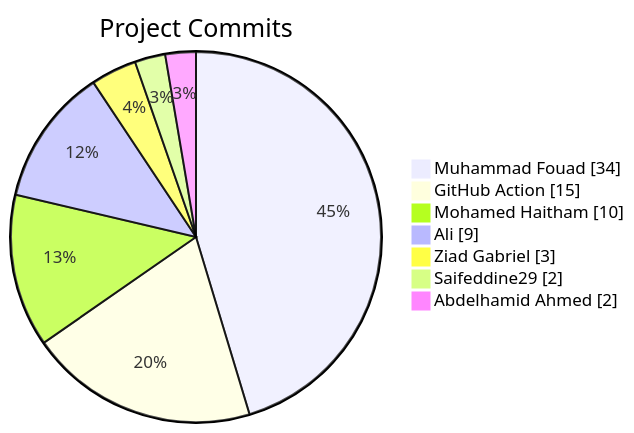
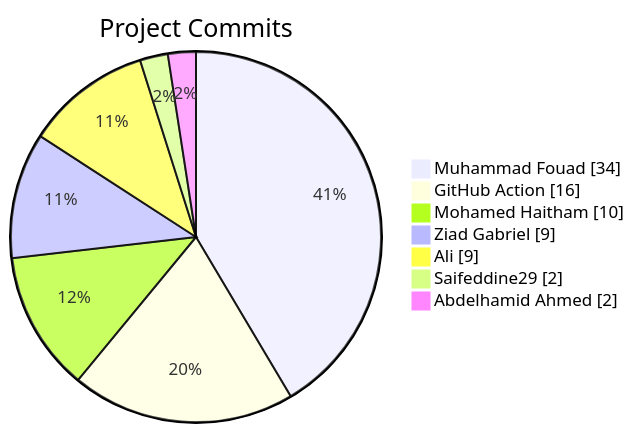
The diagram in README.md (Abdelhamid-El-rashidy/Library_System), drawn with Mermaid before and after one commit.

Commit message:
docs: update contributor stats [skip ci]

````diff
--- a/README.md
+++ b/README.md
@@ -11,11 +11,11 @@
 ```mermaid
 pie showData
     title Project Commits
     "Muhammad Fouad" : 34
-    "GitHub Action" : 15
+    "GitHub Action" : 16
     "Mohamed Haitham" : 10
+    "Ziad Gabriel" : 9
     "Ali" : 9
-    "Ziad Gabriel" : 3
     "Saifeddine29" : 2
     "Abdelhamid Ahmed" : 2
 ```
````
